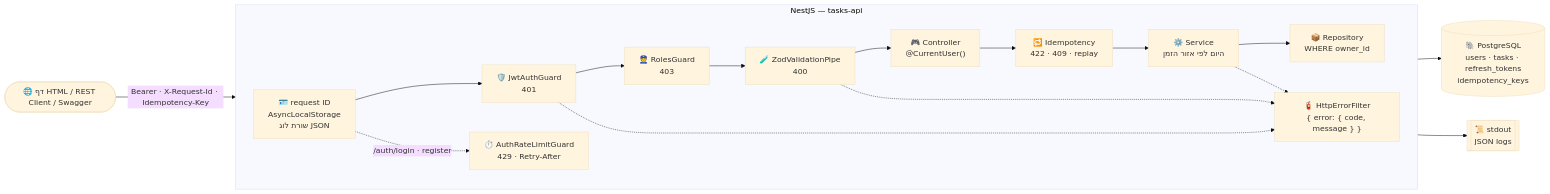
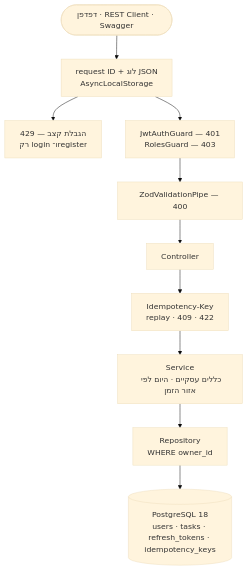
One commit to yeudaba/backend-course-he changed the diagram in README.md. Above: the diagram before and after it, drawn with Mermaid (base theme). The commit also changed other lines of this file and 2 other files, not shown here.

````diff
--- a/README.md
+++ b/README.md
@@ -243,16 +360,12 @@
 ```mermaid
-flowchart LR
-  Client(["🌐 דף HTML / REST Client / Swagger"]) -->|"Bearer · X-Request-Id · Idempotency-Key"| M
-  subgraph Nest["NestJS — tasks-api"]
-    direction LR
-    M["🪪 request ID<br/>AsyncLocalStorage<br/>שורת לוג JSON"] --> G1["🛡️ JwtAuthGuard<br/>401"] --> G2["👮 RolesGuard<br/>403"] --> P["🧪 ZodValidationPipe<br/>400"] --> C["🎮 Controller<br/>@CurrentUser()"] --> I["🔁 Idempotency<br/>422 · 409 · replay"] --> S["⚙️ Service<br/>היום לפי אזור הזמן"] --> R["📦 Repository<br/>WHERE owner_id"]
-    RL["⏱️ AuthRateLimitGuard<br/>429 · Retry-After"]
-    F["🧯 HttpErrorFilter<br/>{ error: { code, message } }"]
-  end
-  M -.->|"/auth/login · register"| RL
-  R --> DB[("🐘 PostgreSQL<br/>users · tasks · refresh_tokens<br/>idempotency_keys")]
-  M --> LOG[["📜 stdout<br/>JSON logs"]]
-  G1 -.-> F
-  P -.-> F
-  S -.-> F
+flowchart TB
+  C(["דפדפן · REST Client · Swagger"]) --> M["request ID + לוג JSON<br/>AsyncLocalStorage"]
+  M --> RL["הגבלת קצב — 429<br/>רק login ו־register"]
+  M --> G["JwtAuthGuard — 401<br/>RolesGuard — 403"]
+  G --> V["ZodValidationPipe — 400"]
+  V --> CT["Controller"]
+  CT --> I["Idempotency-Key<br/>replay · 409 · 422"]
+  I --> S["Service<br/>כללים עסקיים · היום לפי אזור הזמן"]
+  S --> R["Repository<br/>WHERE owner_id"]
+  R --> DB[("PostgreSQL 18<br/>users · tasks · refresh_tokens · idempotency_keys")]
 ```
````
